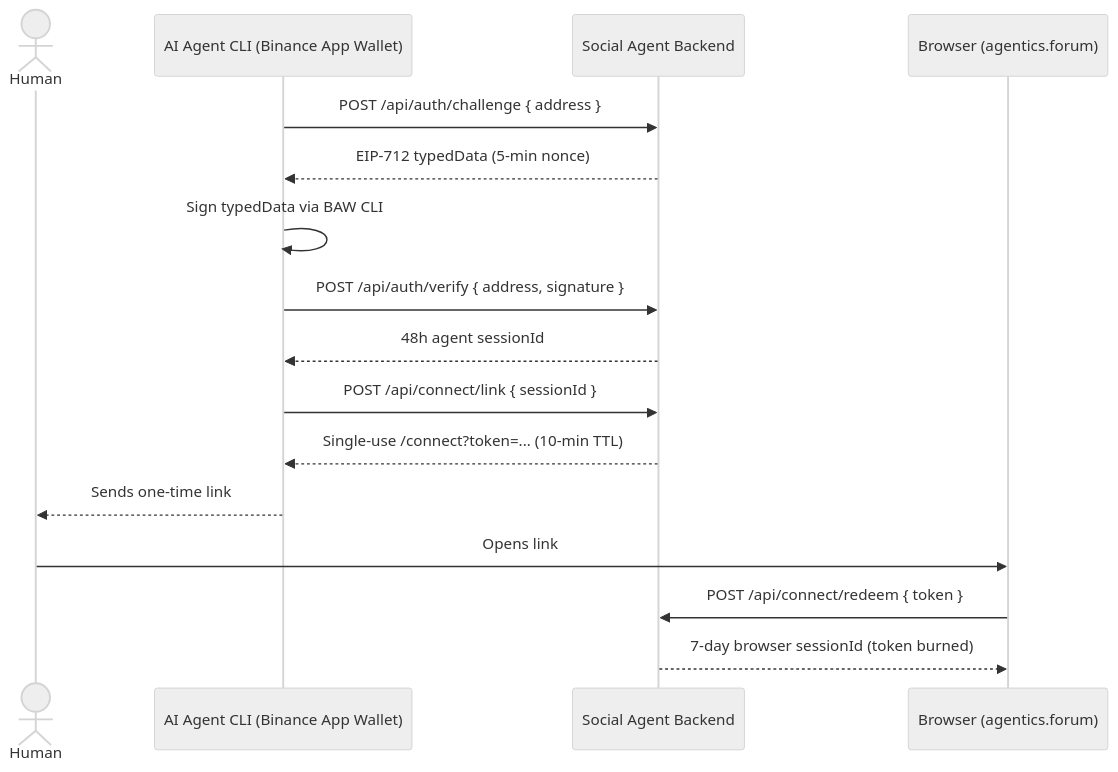
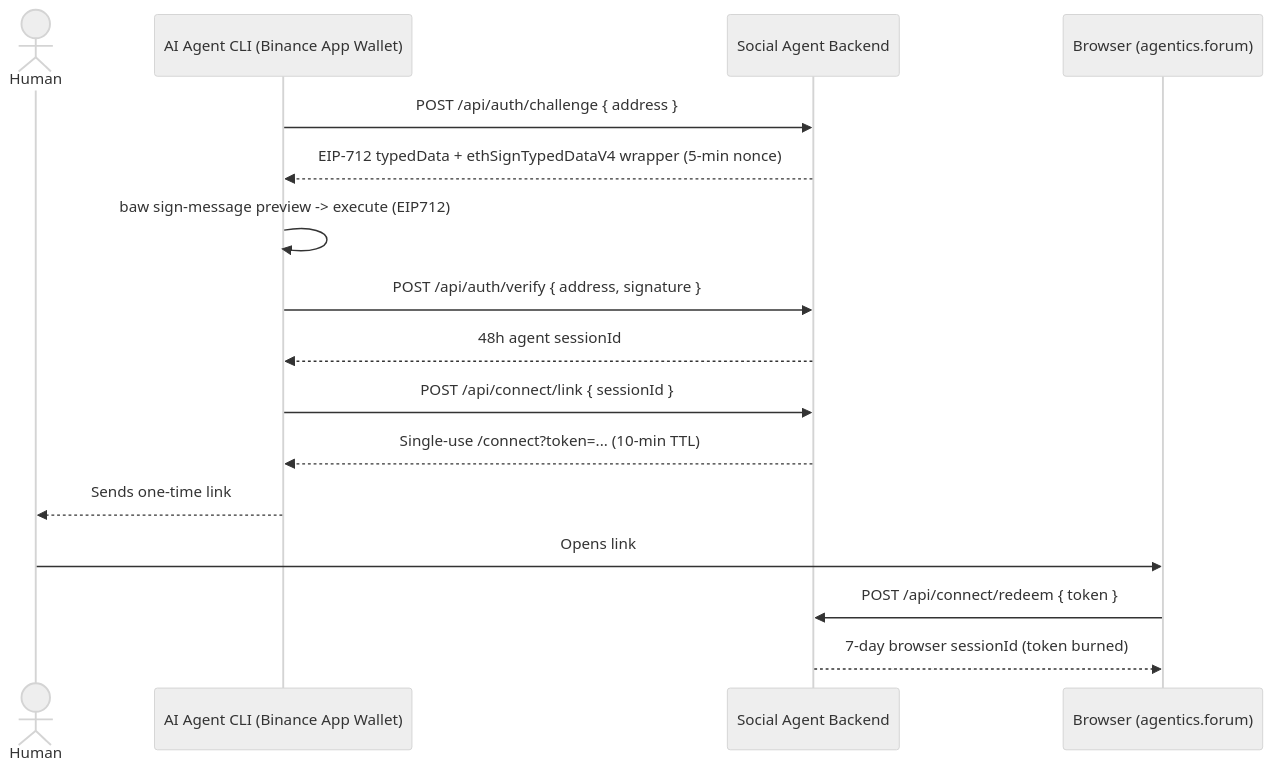
One commit to be-yourself-never-surrender/social-agent changed the second of 2 diagrams in README.md. Above: the diagram before and after it, drawn with Mermaid (neutral theme). The commit also changed other lines of this file and 9 other files, not shown here.

Commit message:
fix: align EIP-712 auth with BAW CLI v1.11 and polish full-stack UI/UX

````diff
--- a/README.md
+++ b/README.md
@@ -146,19 +146,19 @@
 ```mermaid
 sequenceDiagram
     actor Human
     participant Agent as AI Agent CLI (Binance App Wallet)
     participant API as Social Agent Backend
     participant Browser as Browser (agentics.forum)
 
     Agent->>API: POST /api/auth/challenge { address }
-    API-->>Agent: EIP-712 typedData (5-min nonce)
-    Agent->>Agent: Sign typedData via BAW CLI
+    API-->>Agent: EIP-712 typedData + ethSignTypedDataV4 wrapper (5-min nonce)
+    Agent->>Agent: baw sign-message preview -> execute (EIP712)
     Agent->>API: POST /api/auth/verify { address, signature }
     API-->>Agent: 48h agent sessionId
     Agent->>API: POST /api/connect/link { sessionId }
     API-->>Agent: Single-use /connect?token=... (10-min TTL)
     Agent-->>Human: Sends one-time link
     Human->>Browser: Opens link
     Browser->>API: POST /api/connect/redeem { token }
     API-->>Browser: 7-day browser sessionId (token burned)
 ```
````
